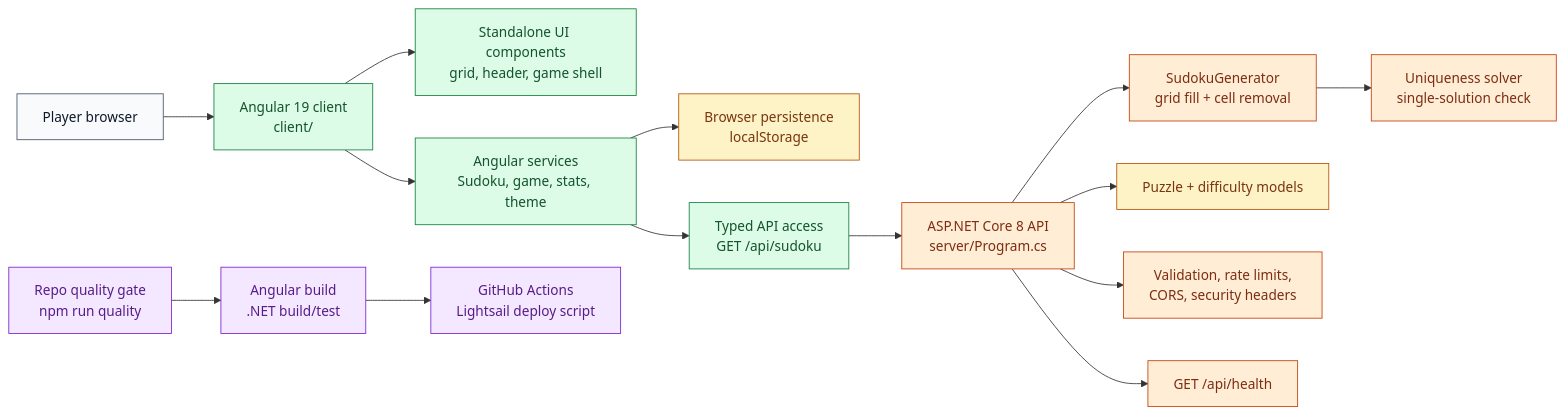
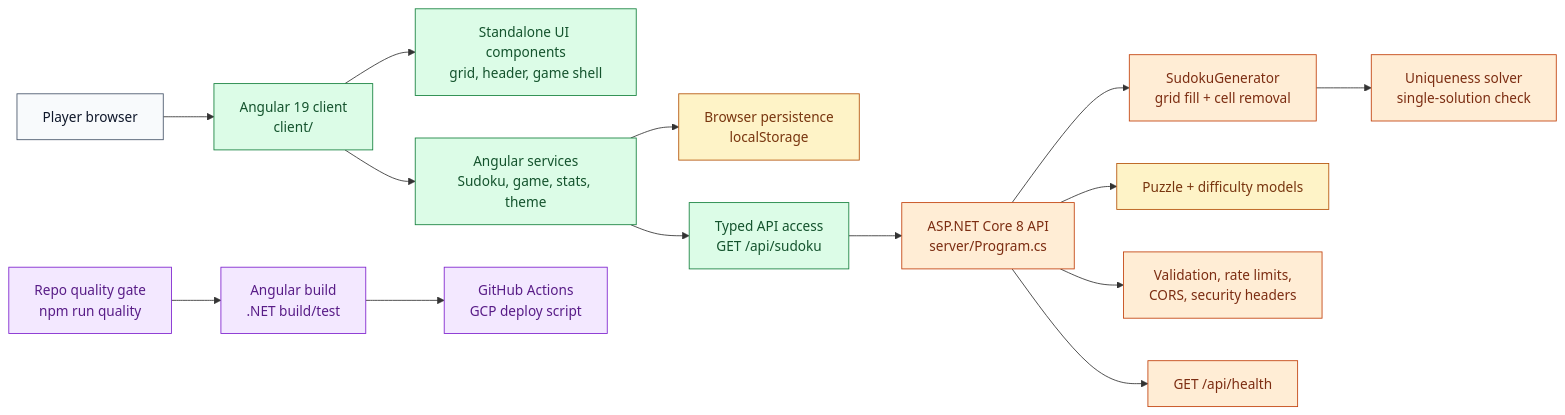
Before and after one commit to natezimm/sudoku: the first of 2 diagrams in docs/architecture.md, drawn with Mermaid. The commit also changed other lines of this file and 1 other file, not shown here.

Commit message:
chore: replace lightsail references with gcp

````diff
--- a/docs/architecture.md
+++ b/docs/architecture.md
@@ -9,30 +9,30 @@
 ```mermaid
 flowchart LR
   Visitor["Player browser"] --> Client["Angular 19 client<br/>client/"]
   Client --> Components["Standalone UI components<br/>grid, header, game shell"]
   Client --> Services["Angular services<br/>Sudoku, game, stats, theme"]
   Services --> BrowserState["Browser persistence<br/>localStorage"]
   Services --> Api["Typed API access<br/>GET /api/sudoku"]
   Api --> Backend["ASP.NET Core 8 API<br/>server/Program.cs"]
   Backend --> Generator["SudokuGenerator<br/>grid fill + cell removal"]
   Generator --> Uniqueness["Uniqueness solver<br/>single-solution check"]
   Backend --> Models["Puzzle + difficulty models"]
   Backend --> Security["Validation, rate limits,<br/>CORS, security headers"]
   Backend --> Health["GET /api/health"]
   Repo["Repo quality gate<br/>npm run quality"] --> Builds["Angular build<br/>.NET build/test"]
-  Builds --> Deploy["GitHub Actions<br/>Lightsail deploy script"]
+  Builds --> Deploy["GitHub Actions<br/>GCP deploy script"]
 
   classDef user fill:#f8fafc,stroke:#475569,color:#0f172a
   classDef site fill:#e0f2fe,stroke:#0369a1,color:#0c4a6e
   classDef server fill:#ffedd5,stroke:#c2410c,color:#7c2d12
   classDef repo fill:#eef2ff,stroke:#4338ca,color:#312e81
   classDef client fill:#dcfce7,stroke:#15803d,color:#14532d
   classDef data fill:#fef3c7,stroke:#b45309,color:#78350f
   classDef delivery fill:#f3e8ff,stroke:#7e22ce,color:#581c87
   classDef external fill:#fee2e2,stroke:#b91c1c,color:#7f1d1d
   class Visitor user
   class Client,Components,Services,Api client
   class Backend,Generator,Uniqueness,Security,Health server
   class BrowserState,Models data
   class Repo,Builds,Deploy delivery
 ```
````
